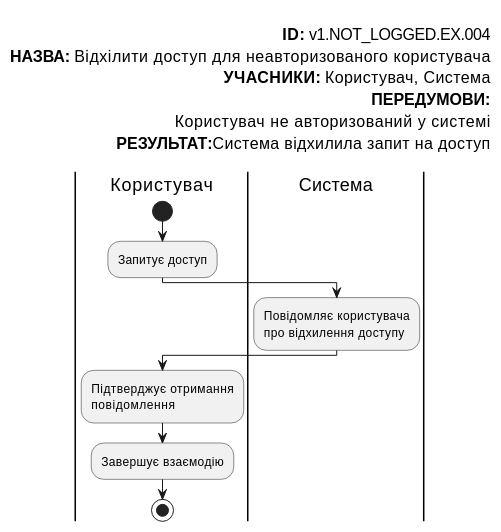
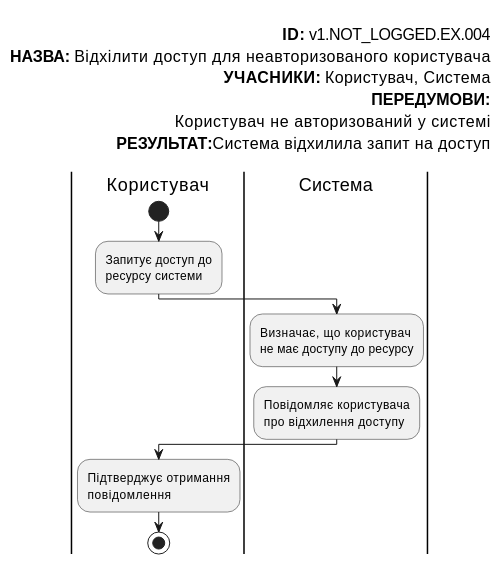
Diagram 22 of 22 in docs/use-cases/README.md (gurug-prog/survey-expert), drawn with PlantUML before and after one commit. The commit also changed other lines of this file and 1 other file, not shown here.

```diff
--- a/docs/use-cases/README.md
+++ b/docs/use-cases/README.md
@@ -1105,30 +1107,32 @@
   @startuml
 
       left header
 
         <font color=000 size=16><b>ID:</b> v1.NOT_LOGGED.EX.004
         <font color=000 size=16><b>НАЗВА:</b> Відхілити доступ для неавторизованого користувача
         <font color=000 size=16><b>УЧАСНИКИ:</b> Користувач, Система 
         <font color=000 size=16><b>ПЕРЕДУМОВИ:</b>
         <font color=000 size=16>Користувач не авторизований у системі
         <font color=000 size=16><b>РЕЗУЛЬТАТ:</b>Система відхилила запит на доступ
 
       end header
 
       |Користувач|
           start
-          :Запитує доступ;
+          :Запитує доступ до
+          ресурсу системи;
 
       |Система|
+          :Визначає, що користувач
+          не має доступу до ресурсу;
+
           :Повідомляє користувача
           про відхилення доступу;
 
       |Користувач|
           :Підтверджує отримання
           повідомлення;
 
-          :Завершує взаємодію;
-
           stop;
 
   @enduml
```
